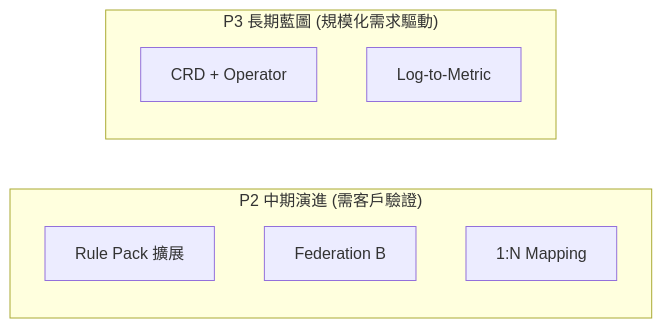
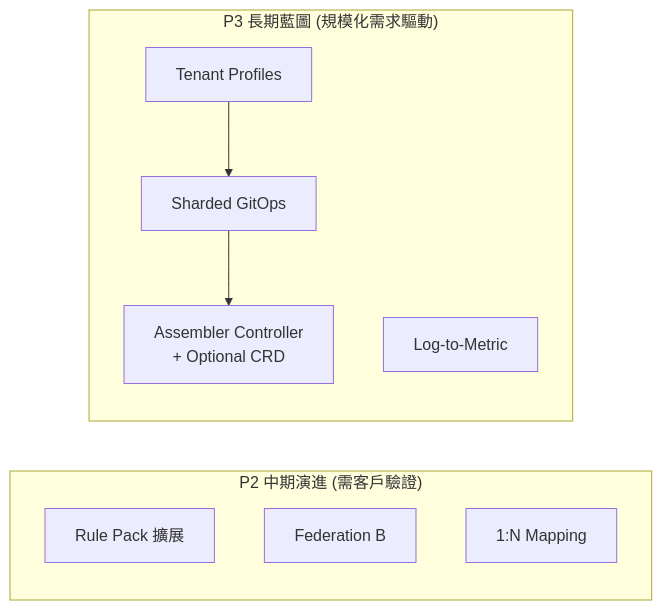
The third of 4 diagrams in docs/architecture-and-design.md (vencil/Dynamic-Alerting-Integrations), drawn with Mermaid before and after one commit. The commit also changed other lines of this file and 177 other files, not shown here.

````diff
--- a/docs/architecture-and-design.md
+++ b/docs/architecture-and-design.md
@@ -1527,12 +810,15 @@
 ```mermaid
 graph LR
     subgraph P2["P2 中期演進 (需客戶驗證)"]
         RP["Rule Pack 擴展"]
         FB["Federation B"]
         NM["1:N Mapping"]
     end
     subgraph P3["P3 長期藍圖 (規模化需求驅動)"]
-        CRD["CRD + Operator"]
+        TP["Tenant Profiles"]
+        SG["Sharded GitOps"]
+        AC["Assembler Controller<br/>+ Optional CRD"]
         LM["Log-to-Metric"]
+        TP --> SG --> AC
     end
 ```
````
